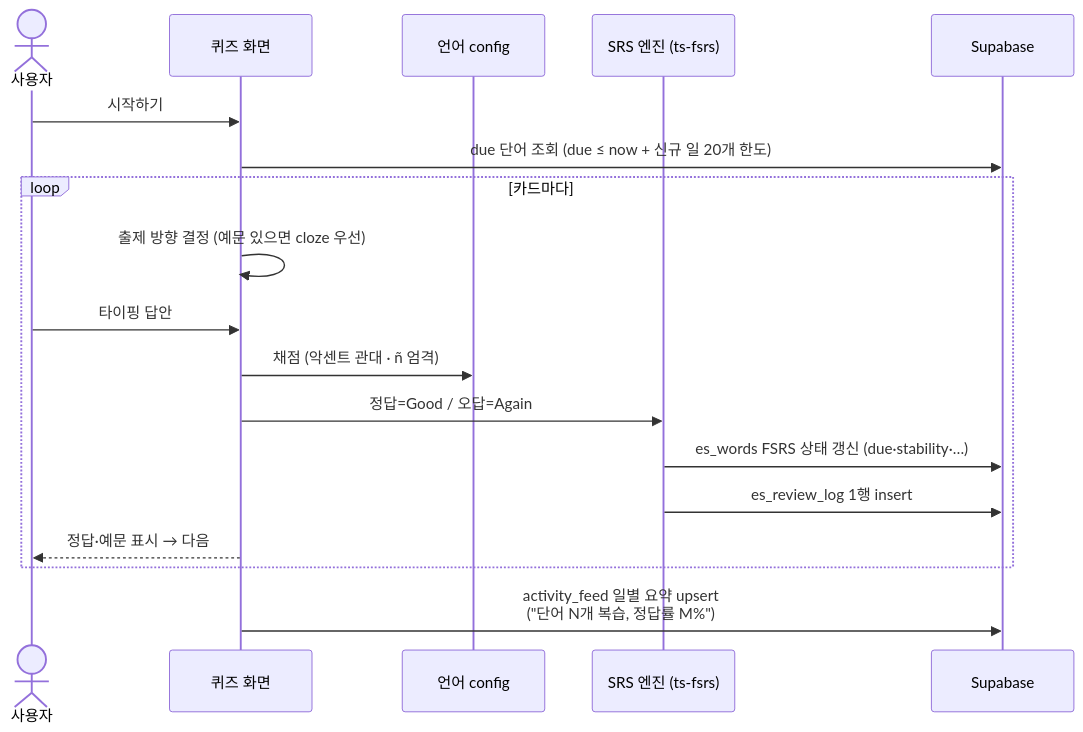
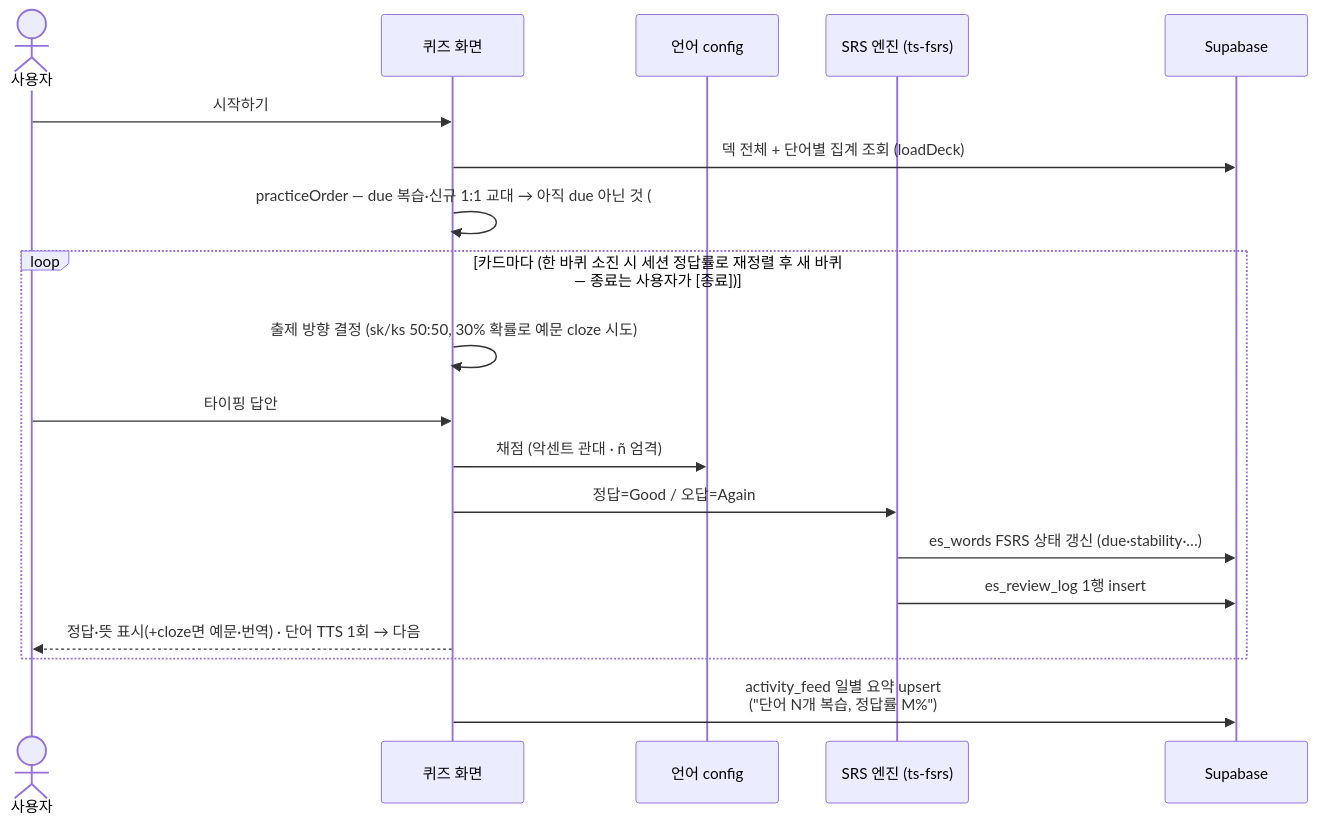
One commit to LeeSongHeon-LSH/LSHobby changed the third of 7 diagrams in docs/14-flows.md. Above: the diagram before and after it, drawn with Mermaid. The commit also changed other lines of this file and 17 other files, not shown here.

````diff
--- a/docs/14-flows.md
+++ b/docs/14-flows.md
@@ -40,21 +44,22 @@
 ```mermaid
 sequenceDiagram
     actor U as 사용자
     participant Q as 퀴즈 화면
     participant C as 언어 config
     participant E as SRS 엔진 (ts-fsrs)
     participant DB as Supabase
 
     U->>Q: 시작하기
-    Q->>DB: due 단어 조회 (due ≤ now + 신규 일 20개 한도)
-    loop 카드마다
-        Q->>Q: 출제 방향 결정 (예문 있으면 cloze 우선)
+    Q->>DB: 덱 전체 + 단어별 집계 조회 (loadDeck)
+    Q->>Q: practiceOrder — due 복습·신규 1:1 교대 → 아직 due 아닌 것 (#82, 하루 할당 없음)
+    loop 카드마다 (한 바퀴 소진 시 세션 정답률로 재정렬 후 새 바퀴 — 종료는 사용자가 [종료])
+        Q->>Q: 출제 방향 결정 (sk/ks 50:50, 30% 확률로 예문 cloze 시도)
         U->>Q: 타이핑 답안
         Q->>C: 채점 (악센트 관대 · ñ 엄격)
         Q->>E: 정답=Good / 오답=Again
         E->>DB: es_words FSRS 상태 갱신 (due·stability·…)
         E->>DB: es_review_log 1행 insert
-        Q-->>U: 정답·예문 표시 → 다음
+        Q-->>U: 정답·뜻 표시(+cloze면 예문·번역) · 단어 TTS 1회 → 다음
     end
     Q->>DB: activity_feed 일별 요약 upsert<br/>("단어 N개 복습, 정답률 M%")
 ```
````
